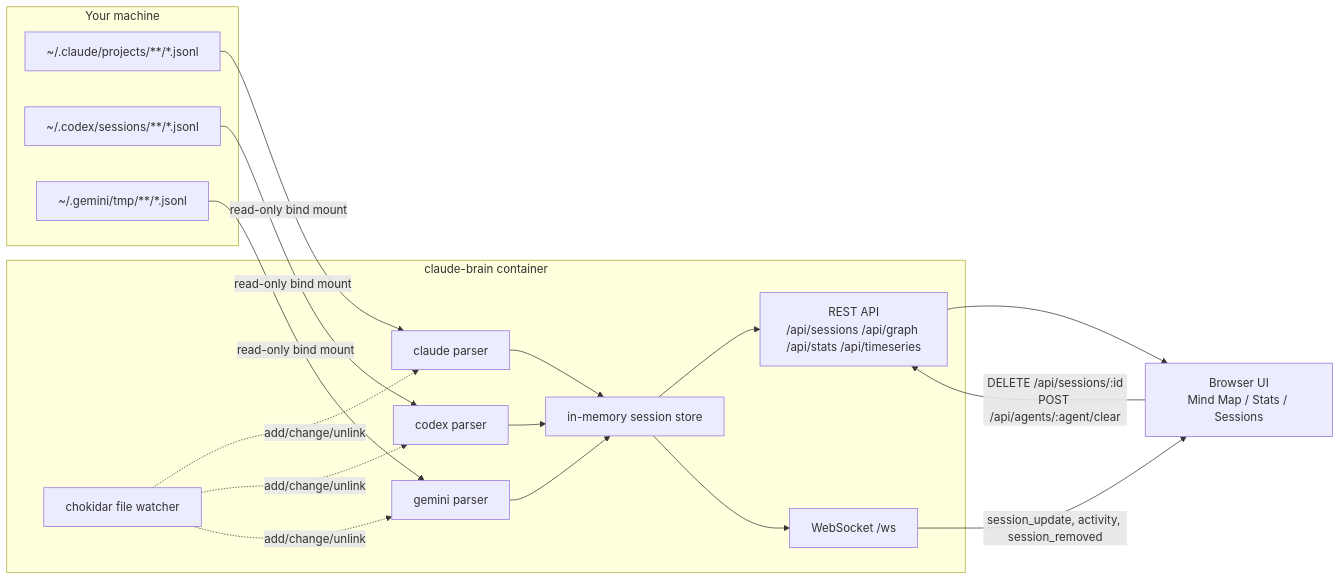
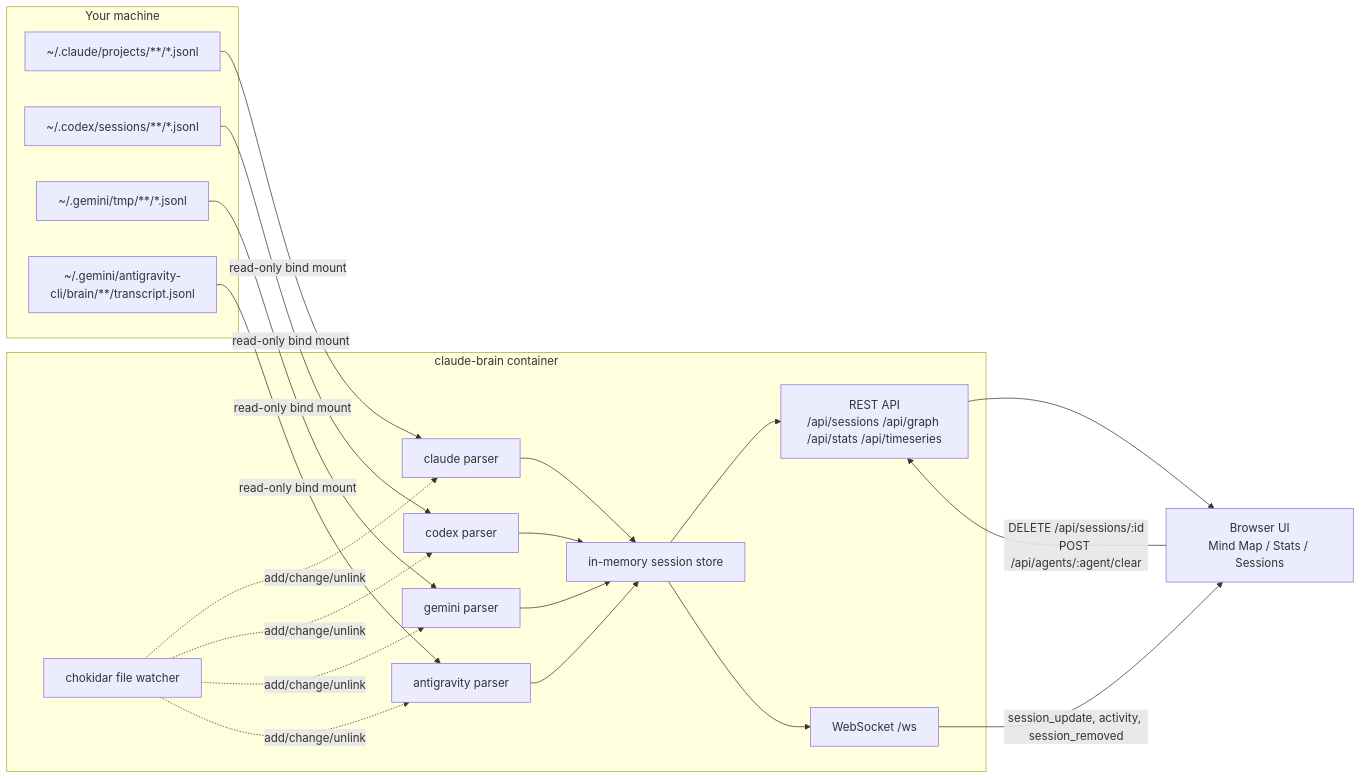
The diagram in README.md (AxmatovB/Claude-Mind-Map), drawn with Mermaid before and after one commit. The commit also changed other lines of this file and 10 other files, not shown here.

````diff
--- a/README.md
+++ b/README.md
@@ -103,30 +103,34 @@
 ```mermaid
 flowchart LR
     subgraph Host["Your machine"]
         CC["~/.claude/projects/**/*.jsonl"]
         CX["~/.codex/sessions/**/*.jsonl"]
         GM["~/.gemini/tmp/**/*.jsonl"]
+        AG["~/.gemini/antigravity-cli/brain/**/transcript.jsonl"]
     end
 
     subgraph Container["claude-brain container"]
         CC -- "read-only bind mount" --> PC["claude parser"]
         CX -- "read-only bind mount" --> PX["codex parser"]
         GM -- "read-only bind mount" --> PG["gemini parser"]
+        AG -- "read-only bind mount" --> PA["antigravity parser"]
 
         PC --> Store["in-memory session store"]
         PX --> Store
         PG --> Store
+        PA --> Store
 
         Watcher["chokidar file watcher"] -. "add/change/unlink" .-> PC
         Watcher -. "add/change/unlink" .-> PX
         Watcher -. "add/change/unlink" .-> PG
+        Watcher -. "add/change/unlink" .-> PA
 
         Store --> API["REST API\n/api/sessions /api/graph /api/stats /api/timeseries"]
         Store --> WS["WebSocket /ws"]
     end
 
     Browser["Browser UI\nMind Map / Stats / Sessions"]
     API --> Browser
     WS -- "session_update, activity, session_removed" --> Browser
     Browser -- "DELETE /api/sessions/:id\nPOST /api/agents/:agent/clear" --> API
 ```
````
